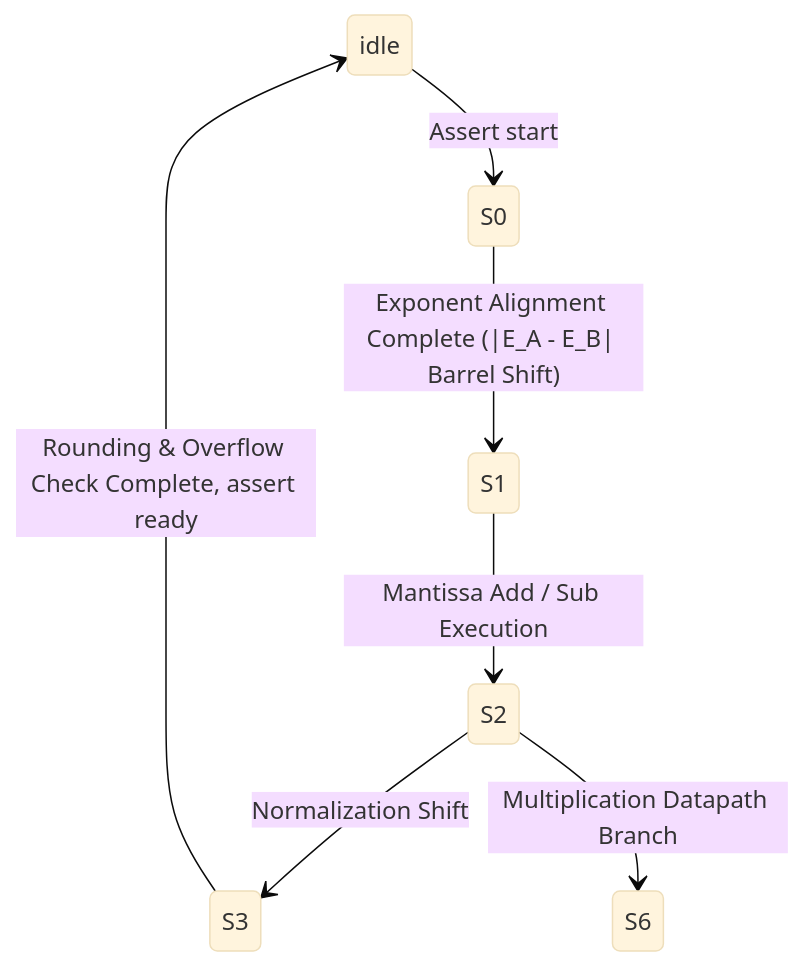
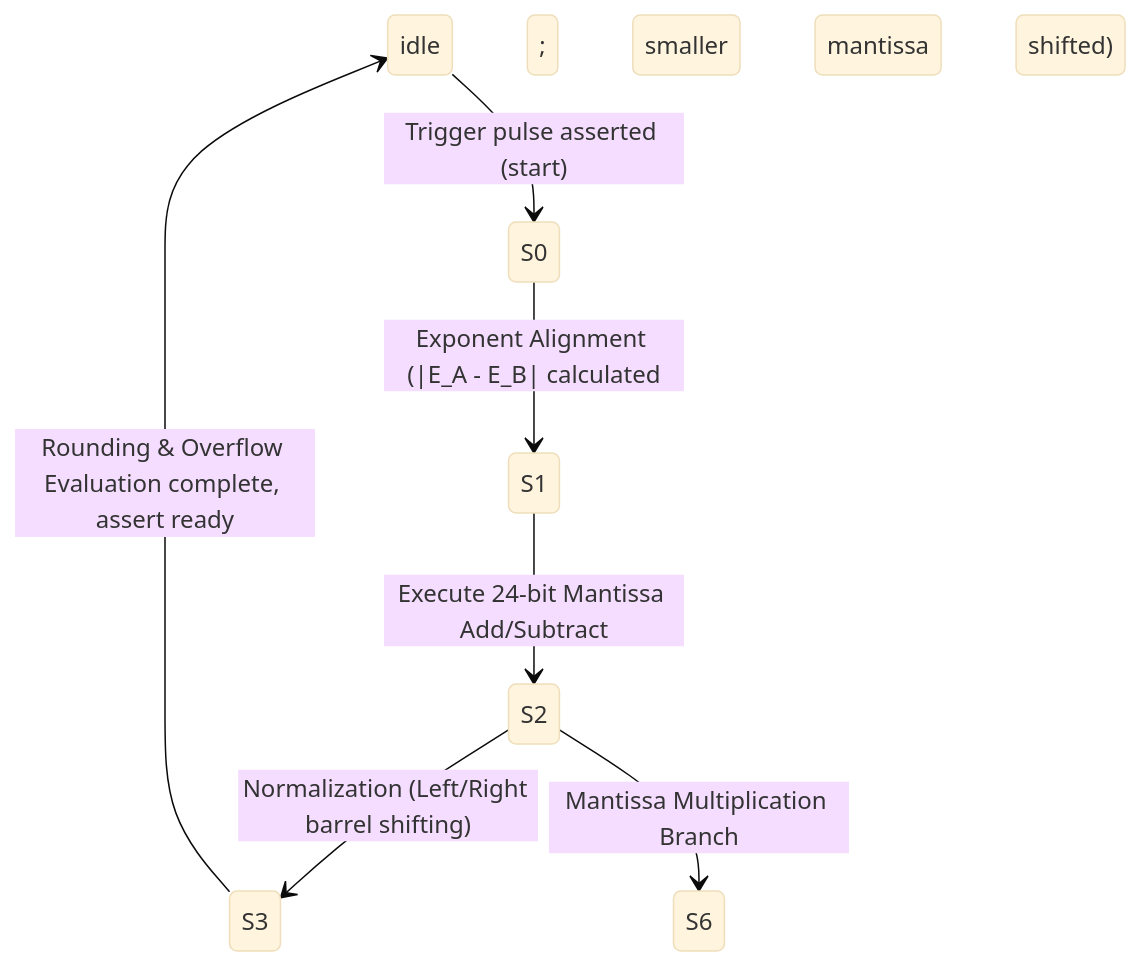
Before and after one commit to DongFengPo1412/Design-of-Simple-Calculator-Based-on-FPGA: the second of 3 diagrams in README_EN.md, drawn with Mermaid (base theme). The commit also changed other lines of this file and 10 other files, not shown here.

Commit message:
docs: optimize multi-paradigm calculator documentation with authentic hardware demo and architectural schematics

````diff
--- a/README_EN.md
+++ b/README_EN.md
@@ -102,9 +133,9 @@
 ```mermaid
 stateDiagram-v2
-    idle --> S0 : Assert start
-    S0 --> S1 : Exponent Alignment Complete (|E_A - E_B| Barrel Shift)
-    S1 --> S2 : Mantissa Add / Sub Execution
-    S2 --> S3 : Normalization Shift
-    S2 --> S6 : Multiplication Datapath Branch
-    S3 --> idle : Rounding & Overflow Check Complete, assert ready
+    idle --> S0 : Trigger pulse asserted (start)
+    S0 --> S1 : Exponent Alignment (|E_A - E_B| calculated; smaller mantissa shifted)
+    S1 --> S2 : Execute 24-bit Mantissa Add/Subtract
+    S2 --> S3 : Normalization (Left/Right barrel shifting)
+    S2 --> S6 : Mantissa Multiplication Branch
+    S3 --> idle : Rounding & Overflow Evaluation complete, assert ready
 ```
````
